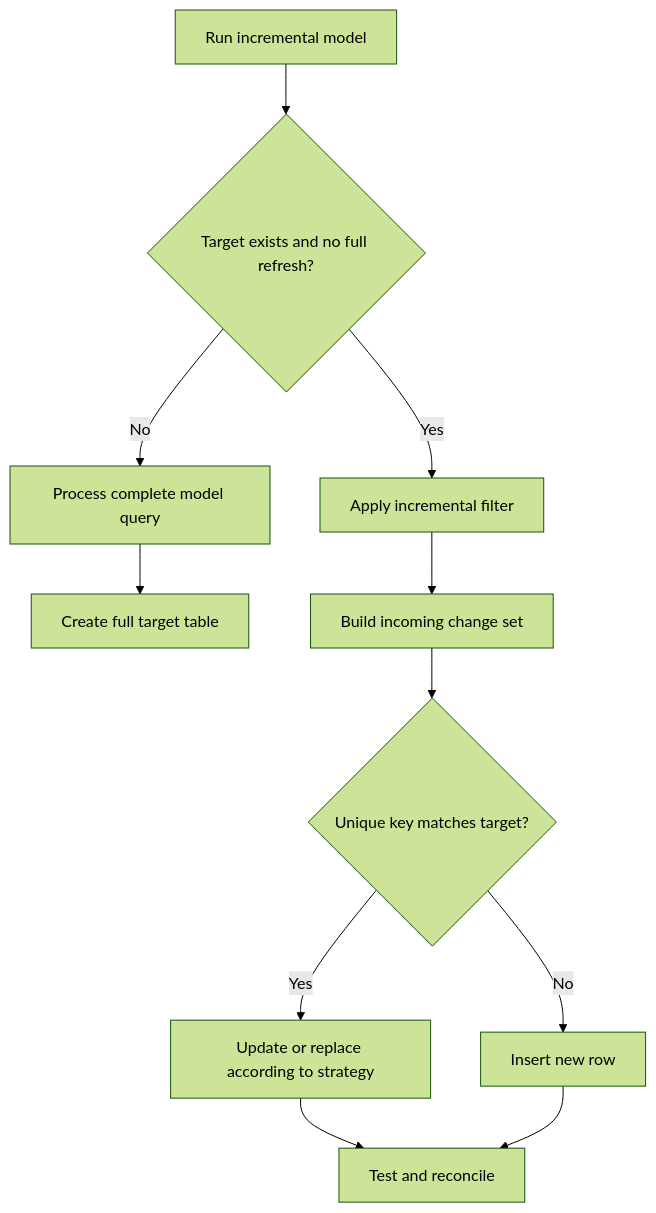
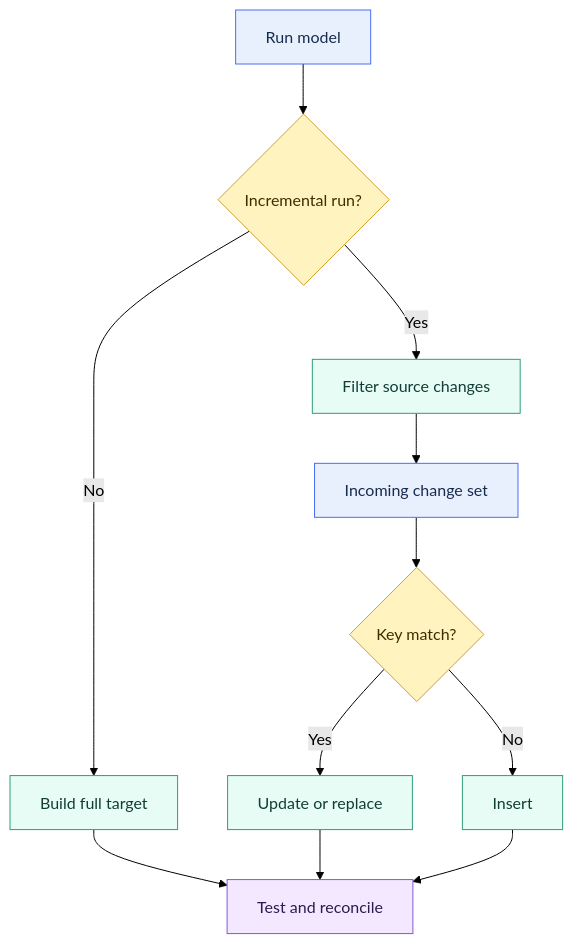
Before and after one commit to shonningsoy/Upskill: the first of 2 diagrams in 02 dbt/04 Incremental Processing and Performance/31 Incremental Models and Unique Keys.md, drawn with Mermaid (forest theme). The commit also changed other lines of this file and 31 other files, not shown here.

````diff
--- a/02 dbt/04 Incremental Processing and Performance/31 Incremental Models and Unique Keys.md
+++ b/02 dbt/04 Incremental Processing and Performance/31 Incremental Models and Unique Keys.md
@@ -79,13 +80,23 @@
 ```mermaid
 flowchart TD
-    A[Run incremental model] --> B{Target exists and no full refresh?}
-    B -->|No| C[Process complete model query]
-    C --> D[Create full target table]
-    B -->|Yes| E[Apply incremental filter]
-    E --> F[Build incoming change set]
-    F --> G{Unique key matches target?}
-    G -->|Yes| H[Update or replace according to strategy]
-    G -->|No| I[Insert new row]
-    H --> J[Test and reconcile]
-    I --> J
+    A[Run model] --> B{Incremental run?}
+    B -->|No| C[Build full target]
+    B -->|Yes| D[Filter source changes]
+    D --> E[Incoming change set]
+    E --> F{Key match?}
+    F -->|Yes| G[Update or replace]
+    F -->|No| H[Insert]
+    C --> I[Test and reconcile]
+    G --> I
+    H --> I
+
+    classDef input fill:#E8F0FE,stroke:#4C6EF5,color:#172B4D
+    classDef control fill:#FFF3BF,stroke:#D69E2E,color:#3D2E00
+    classDef dbt fill:#E6FCF5,stroke:#2F9E7B,color:#123C34
+    classDef platform fill:#F1F3F5,stroke:#868E96,color:#212529
+    classDef output fill:#F3E8FF,stroke:#805AD5,color:#2D1B4E
+    class A,E input
+    class B,F control
+    class C,D,G,H dbt
+    class I output
 ```
````
